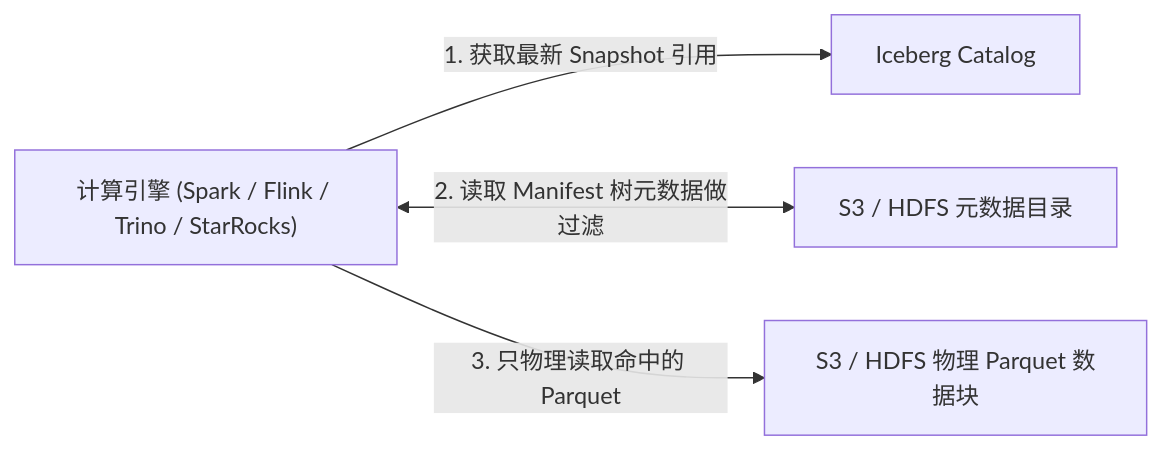
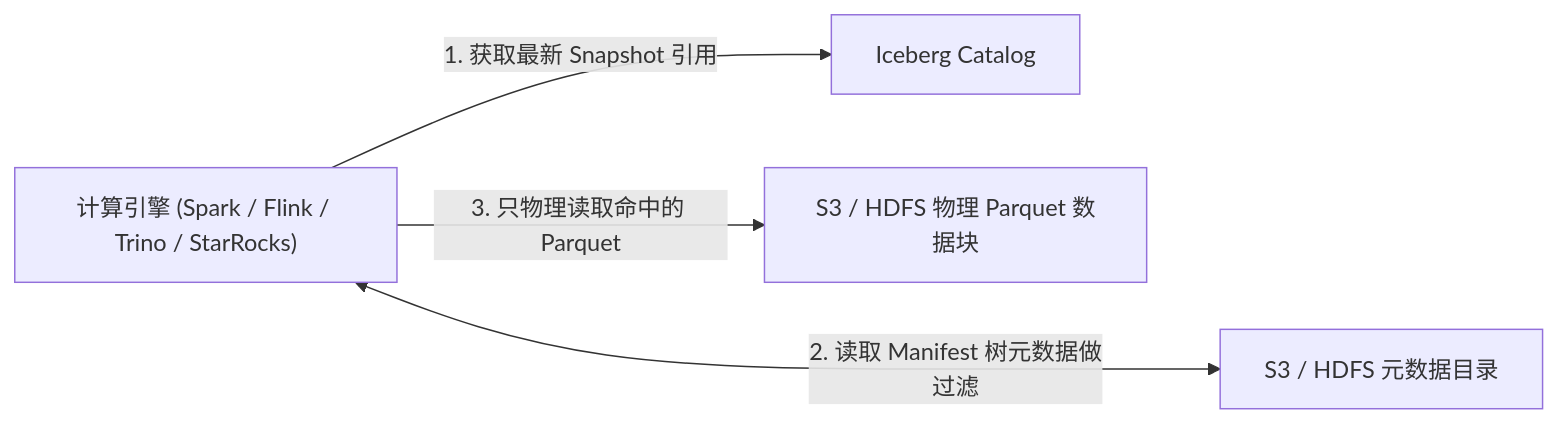
The third of 7 diagrams in docs/atlas/iceberg.mdx (koosai/AI-Architect-Learning), drawn with Mermaid before and after one commit. The commit also changed 68 other files, not shown here.

Commit message:
fix(atlas): fix browser client-side Mermaid rendering for mindmaps and flowcharts across 67 case studies

````diff
--- a/docs/atlas/iceberg.mdx
+++ b/docs/atlas/iceberg.mdx
@@ -114,6 +114,6 @@
 ```mermaid
 graph LR
   Engine["计算引擎 (Spark / Flink / Trino / StarRocks)"] -->|1. 获取最新 Snapshot 引用| Catalog["Iceberg Catalog"]
-  Engine <-->|2. 读取 Manifest 树元数据做过滤| MetadataStore["S3 / HDFS 元数据目录"]
+  Engine <--->|2. 读取 Manifest 树元数据做过滤| MetadataStore["S3 / HDFS 元数据目录"]
   Engine -->|3. 只物理读取命中的 Parquet| DataStore["S3 / HDFS 物理 Parquet 数据块"]
 ```
````
